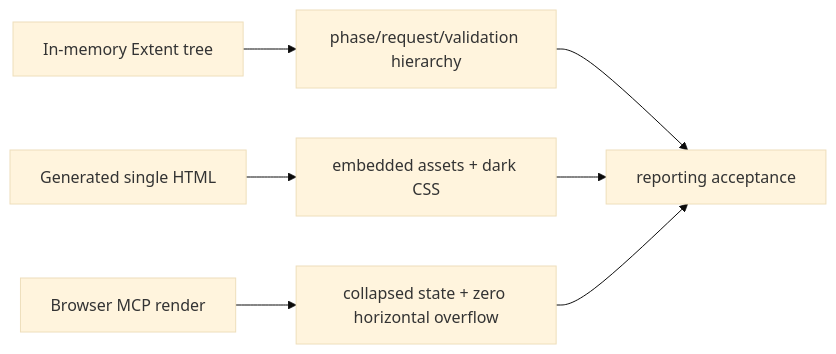
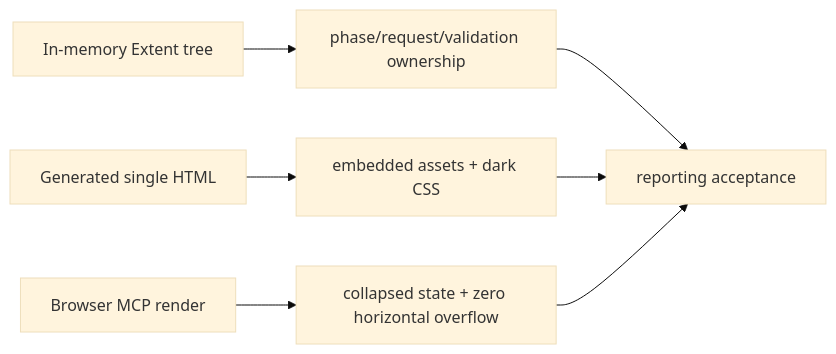
One commit to crististefanita/CS1 changed the second of 2 diagrams in Atf.Tests/Atf.Core.Tests/README.md. Above: the diagram before and after it, drawn with Mermaid (base theme). The commit also changed other lines of this file and 128 other files, not shown here.

Commit message:
Refactor ATF reporting and expand test architecture

````diff
--- a/Atf.Tests/Atf.Core.Tests/README.md
+++ b/Atf.Tests/Atf.Core.Tests/README.md
@@ -48,9 +59,9 @@
 ```mermaid
 flowchart LR
-    Model[In-memory Extent tree] --> Structure[phase/request/validation hierarchy]
+    Model[In-memory Extent tree] --> Structure[phase/request/validation ownership]
     Html[Generated single HTML] --> Artifact[embedded assets + dark CSS]
     Browser[Browser MCP render] --> UX[collapsed state + zero horizontal overflow]
     Structure --> Acceptance[reporting acceptance]
     Artifact --> Acceptance
     UX --> Acceptance
 ```
````
